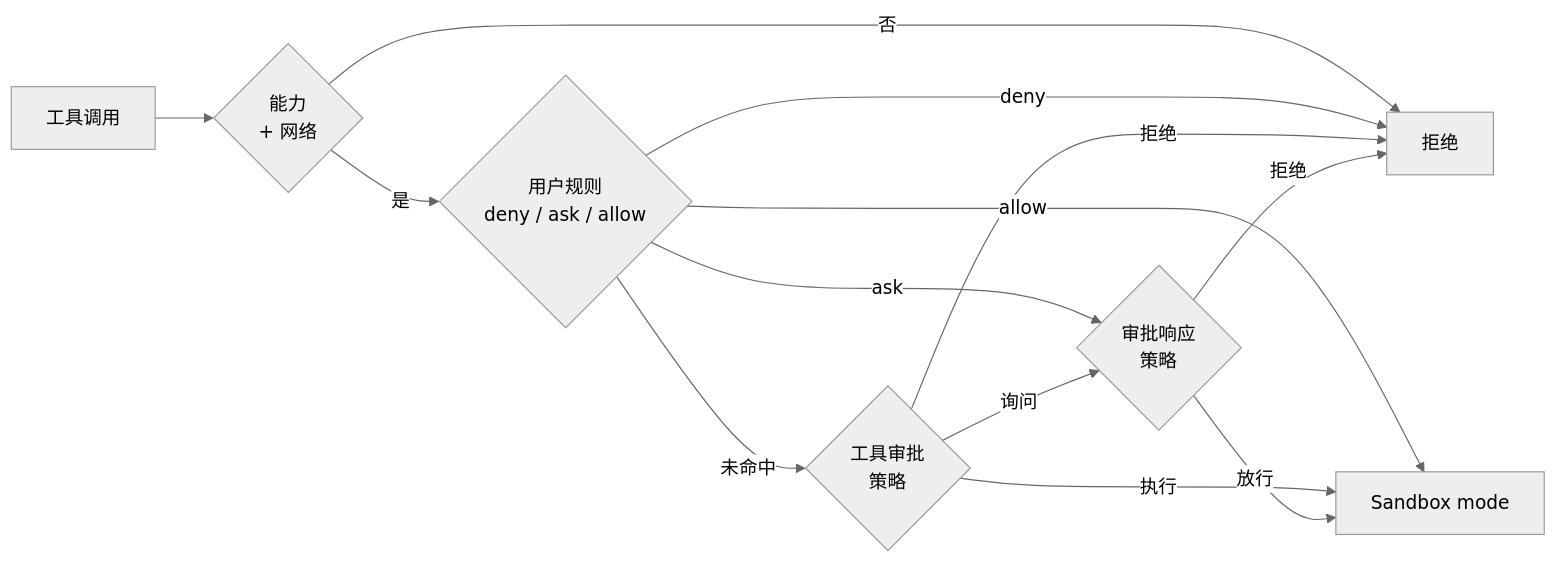
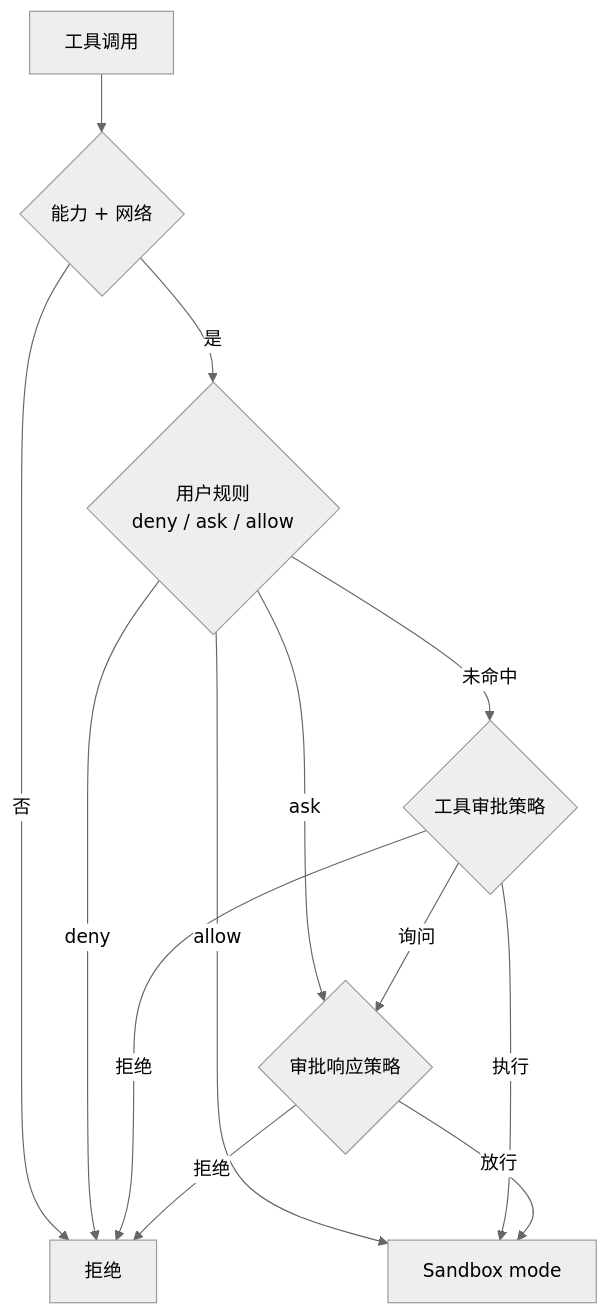
One commit to zeroDtree/comonad-vscode-extension changed the diagram in docs/zh/guide/safety.md. Above: the diagram before and after it, drawn with Mermaid (neutral theme). The commit also changed 5 other files, not shown here.

First line of the commit message:
feat: enhance Mermaid configuration and rendering

````diff
--- a/docs/zh/guide/safety.md
+++ b/docs/zh/guide/safety.md
@@ -5,15 +5,15 @@
 ```mermaid
-flowchart LR
-  Call["工具调用"] --> Cap{"能力<br/>+ 网络"}
+flowchart TB
+  Call["工具调用"] --> Cap{"能力 + 网络"}
   Cap -->|否| Reject["拒绝"]
   Cap -->|是| Rule{"用户规则<br/>deny / ask / allow"}
   Rule -->|deny| Reject
-  Rule -->|ask| Response{"审批响应<br/>策略"}
+  Rule -->|ask| Response{"审批响应策略"}
   Rule -->|allow| Sandbox["Sandbox mode"]
-  Rule -->|未命中| Approval{"工具审批<br/>策略"}
+  Rule -->|未命中| Approval{"工具审批策略"}
   Approval -->|拒绝| Reject
   Approval -->|询问| Response
   Approval -->|执行| Sandbox
   Response -->|拒绝| Reject
   Response -->|放行| Sandbox
 ```
````
